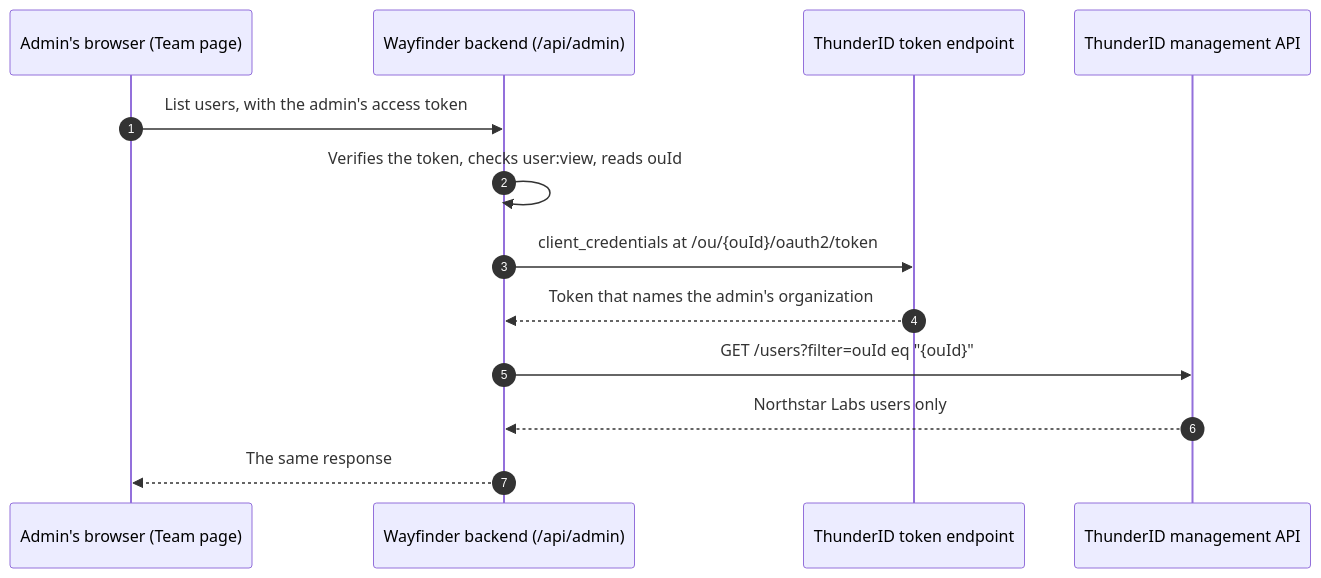
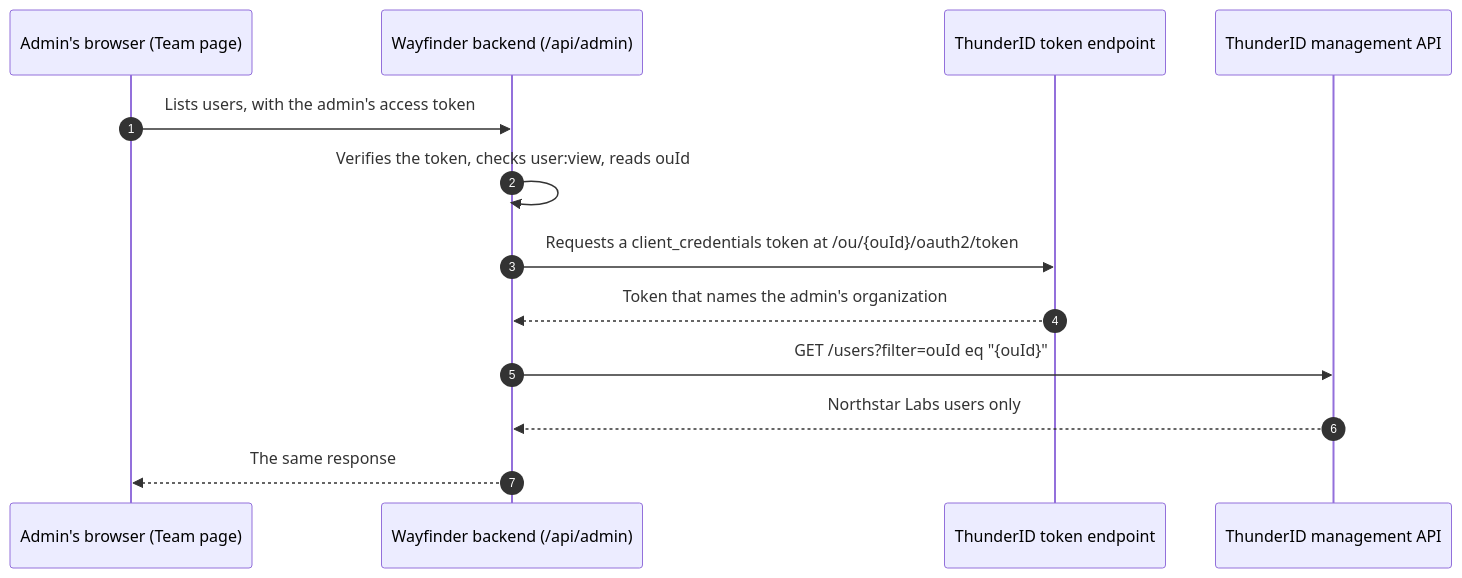
The diagram in docs/content/use-cases/b2b/journeys/delegated-administration.mdx (thunder-id/thunderid), drawn with Mermaid before and after one commit. The commit also changed other lines of this file and 12 other files, not shown here.

````diff
--- a/docs/content/use-cases/b2b/journeys/delegated-administration.mdx
+++ b/docs/content/use-cases/b2b/journeys/delegated-administration.mdx
@@ -36,15 +49,15 @@
 ```mermaid
 sequenceDiagram
   autonumber
   participant browser as Admin's browser (Team page)
   participant backend as Wayfinder backend (/api/admin)
   participant tokenEp as ThunderID token endpoint
   participant mgmt as ThunderID management API
-  browser->>backend: List users, with the admin's access token
+  browser->>backend: Lists users, with the admin's access token
   backend->>backend: Verifies the token, checks user:view, reads ouId
-  backend->>tokenEp: client_credentials at /ou/{ouId}/oauth2/token
+  backend->>tokenEp: Requests a client_credentials token at /ou/{ouId}/oauth2/token
   tokenEp-->>backend: Token that names the admin's organization
   backend->>mgmt: GET /users?filter=ouId eq "{ouId}"
   mgmt-->>backend: Northstar Labs users only
   backend-->>browser: The same response
 ```
````
